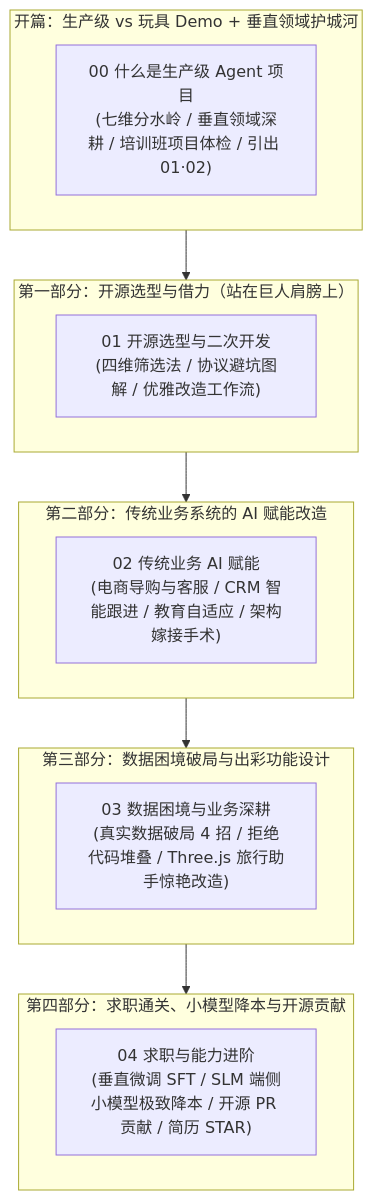
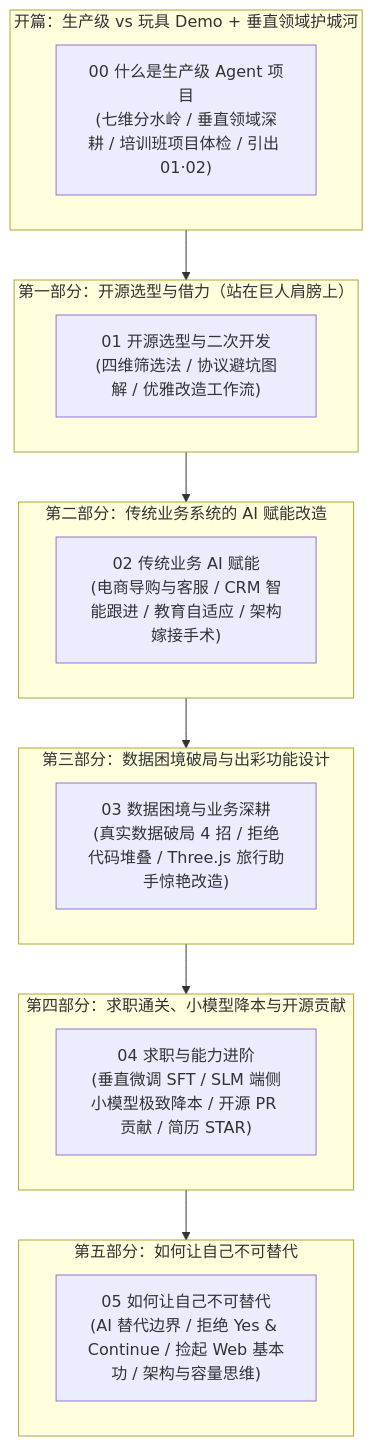
The diagram in 12_如何做一个自己的项目/img/diagrams/overview-diagram-01.mmd (buffer121328/vibe-coding-and-agents), drawn with Mermaid before and after one commit. The commit also changed 13 other files, not shown here.

```diff
--- a/12_如何做一个自己的项目/img/diagrams/overview-diagram-01.mmd
+++ b/12_如何做一个自己的项目/img/diagrams/overview-diagram-01.mmd
@@ -1,25 +1,30 @@
 graph TD
     subgraph Part0 ["开篇：生产级 vs 玩具 Demo + 垂直领域护城河"]
         A0["00 什么是生产级 Agent 项目\n(七维分水岭 / 垂直领域深耕 / 培训班项目体检 / 引出 01·02)"]
     end
 
     subgraph Part1 ["第一部分：开源选型与借力（站在巨人肩膀上）"]
         A1["01 开源选型与二次开发\n(四维筛选法 / 协议避坑图解 / 优雅改造工作流)"]
     end
 
     subgraph Part2 ["第二部分：传统业务系统的 AI 赋能改造"]
         B1["02 传统业务 AI 赋能\n(电商导购与客服 / CRM 智能跟进 / 教育自适应 / 架构嫁接手术)"]
     end
 
     subgraph Part3 ["第三部分：数据困境破局与出彩功能设计"]
         C1["03 数据困境与业务深耕\n(真实数据破局 4 招 / 拒绝代码堆叠 / Three.js 旅行助手惊艳改造)"]
     end
 
     subgraph Part4 ["第四部分：求职通关、小模型降本与开源贡献"]
         D1["04 求职与能力进阶\n(垂直微调 SFT / SLM 端侧小模型极致降本 / 开源 PR 贡献 / 简历 STAR)"]
     end
 
+    subgraph Part5 ["第五部分：如何让自己不可替代"]
+        E1["05 如何让自己不可替代\n(AI 替代边界 / 拒绝 Yes & Continue / 捡起 Web 基本功 / 架构与容量思维)"]
+    end
+
     Part0 --> Part1
     Part1 --> Part2
     Part2 --> Part3
     Part3 --> Part4
+    Part4 --> Part5
```
